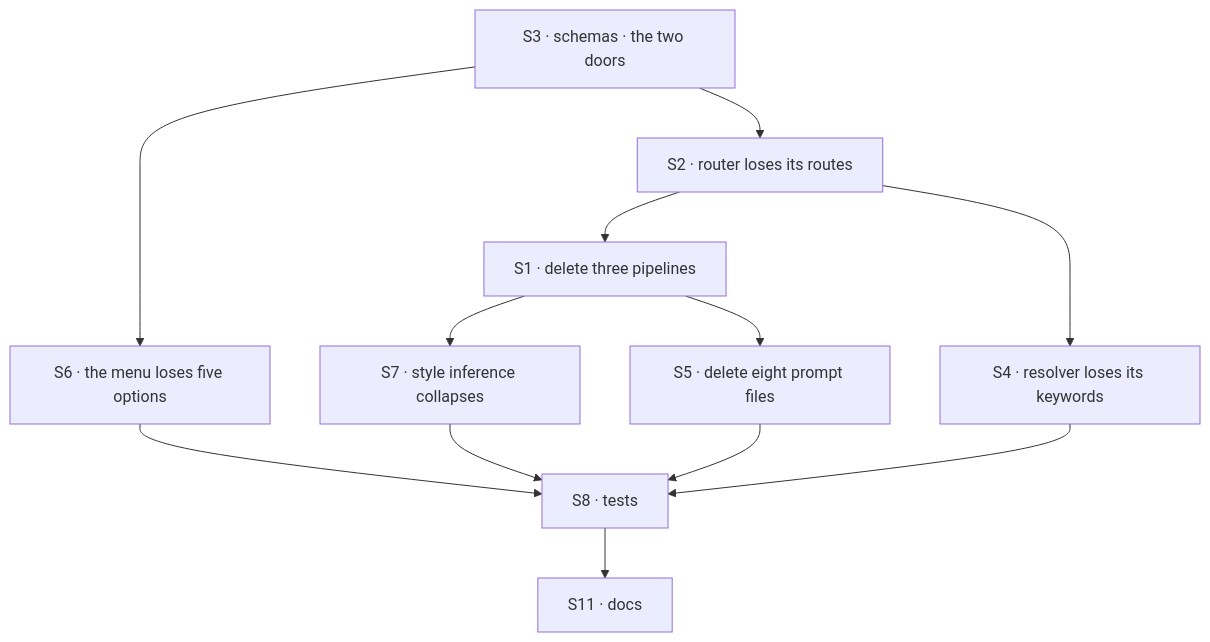
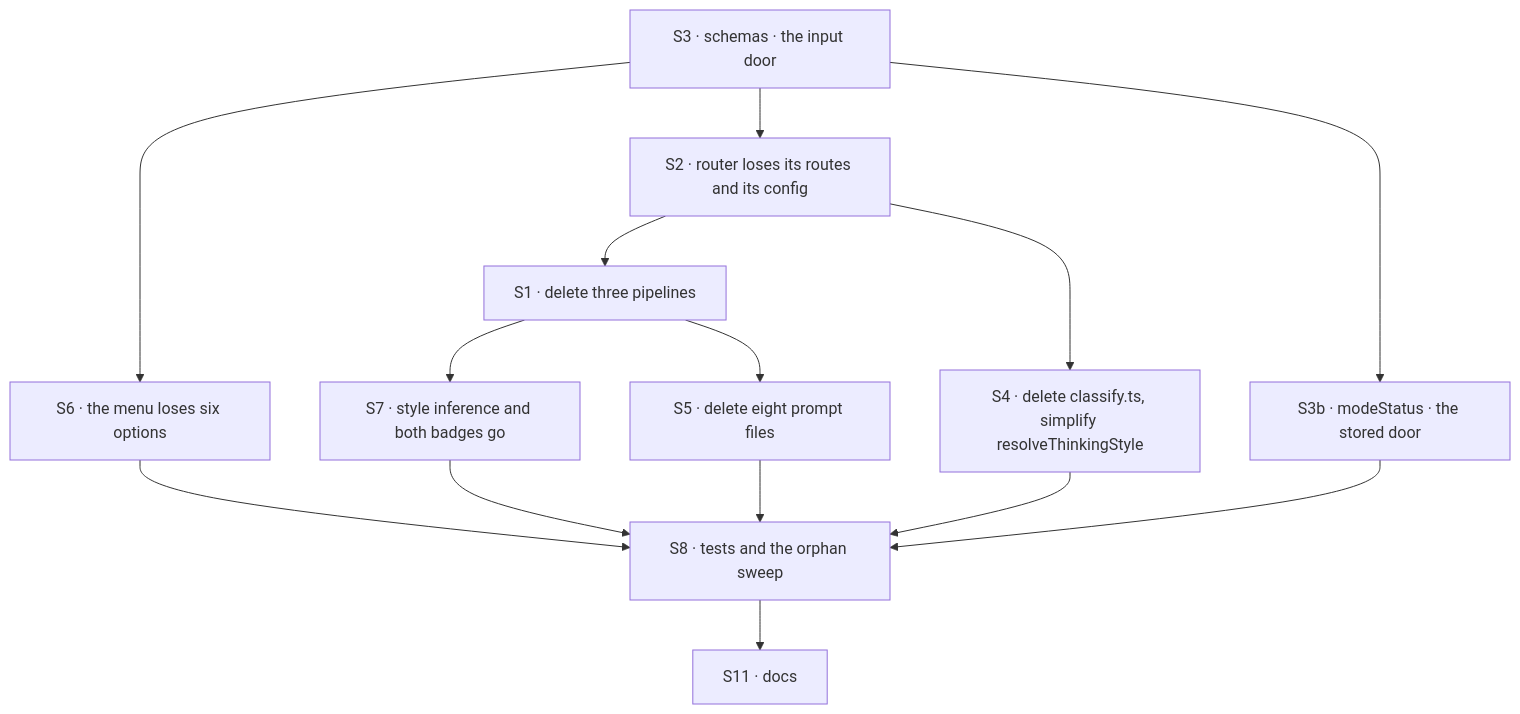
Before and after one commit to fixpoint-labs/flow-state-dev: the diagram in specs/issues/FIX-1478/PLAN.md, drawn with Mermaid. The commit also changed other lines of this file and 7 other files, not shown here.

````diff
--- a/specs/issues/FIX-1478/PLAN.md
+++ b/specs/issues/FIX-1478/PLAN.md
@@ -29,14 +30,16 @@
 ```mermaid
 flowchart TD
-  S3["S3 · schemas · the two doors"] --> S2["S2 · router loses its routes"]
+  S3["S3 · schemas · the input door"] --> S2["S2 · router loses its routes and its config"]
+  S3 --> S3b["S3b · modeStatus · the stored door"]
   S2 --> S1["S1 · delete three pipelines"]
-  S2 --> S4["S4 · resolver loses its keywords"]
+  S2 --> S4["S4 · delete classify.ts, simplify resolveThinkingStyle"]
   S1 --> S5["S5 · delete eight prompt files"]
-  S3 --> S6["S6 · the menu loses five options"]
-  S1 --> S7["S7 · style inference collapses"]
-  S6 --> S8["S8 · tests"]
+  S3 --> S6["S6 · the menu loses six options"]
+  S1 --> S7["S7 · style inference and both badges go"]
+  S6 --> S8["S8 · tests and the orphan sweep"]
   S7 --> S8
   S5 --> S8
   S4 --> S8
+  S3b --> S8
   S8 --> S11["S11 · docs"]
 ```
````
